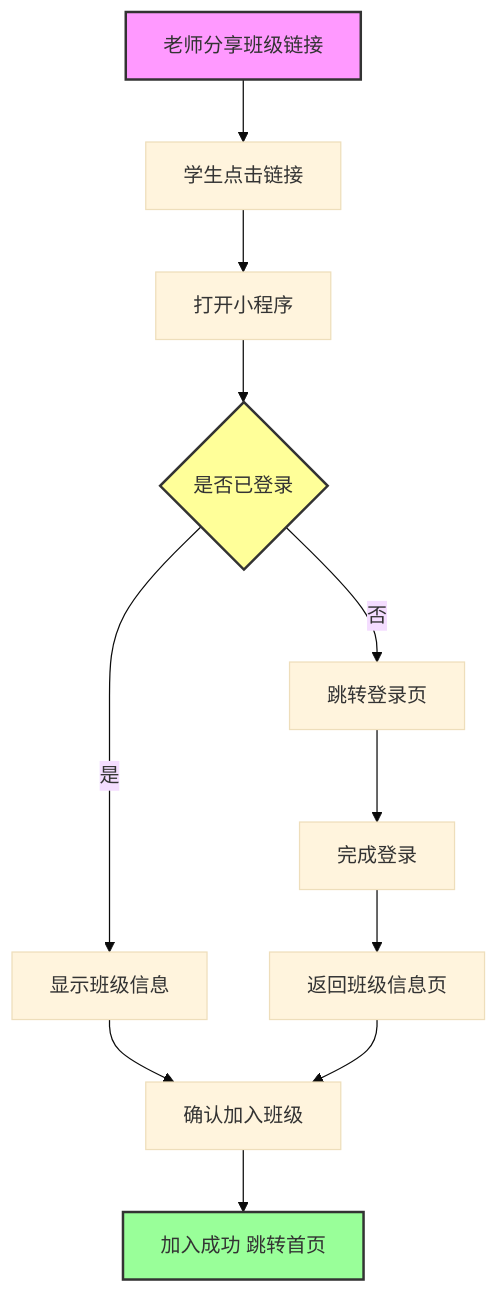
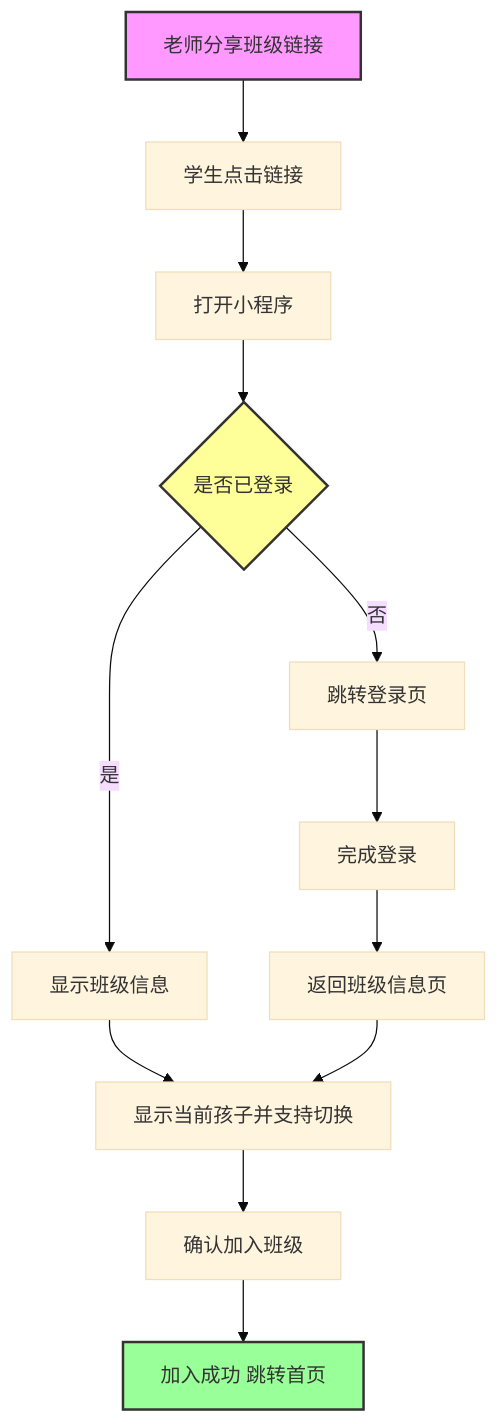
The fifth of 18 diagrams in 2-AI伴读V1.0/PRD文档/校校读吧学生端PRD_V1.0.md (22816523/math-kids), drawn with Mermaid (base theme) before and after one commit. The commit also changed other lines of this file, not shown here.

Commit message:
docs(ai-reading): update student PRD for multi-child support

````diff
--- a/2-AI伴读V1.0/PRD文档/校校读吧学生端PRD_V1.0.md
+++ b/2-AI伴读V1.0/PRD文档/校校读吧学生端PRD_V1.0.md
@@ -507,21 +529,22 @@
 ```mermaid
 graph TD
     Start["老师分享班级链接"] --> StudentClick["学生点击链接"]
     StudentClick --> OpenApp["打开小程序"]
     OpenApp --> CheckLogin{"是否已登录"}
 
     CheckLogin -->|是| ShowClassInfo["显示班级信息"]
     CheckLogin -->|否| GoLogin["跳转登录页"]
 
-    ShowClassInfo --> ConfirmJoin["确认加入班级"]
+    ShowClassInfo --> ShowCurrentChild["显示当前孩子并支持切换"]
+    ShowCurrentChild --> ConfirmJoin["确认加入班级"]
     GoLogin --> FinishLogin["完成登录"]
 
     ConfirmJoin --> JoinSuccess["加入成功 跳转首页"]
     FinishLogin --> BackToClass["返回班级信息页"]
 
-    BackToClass --> ConfirmJoin
+    BackToClass --> ShowCurrentChild
 
     style Start fill:#f9f,stroke:#333,stroke-width:2px
     style CheckLogin fill:#ff9,stroke:#333,stroke-width:2px
     style JoinSuccess fill:#9f9,stroke:#333,stroke-width:2px
 ```
````
